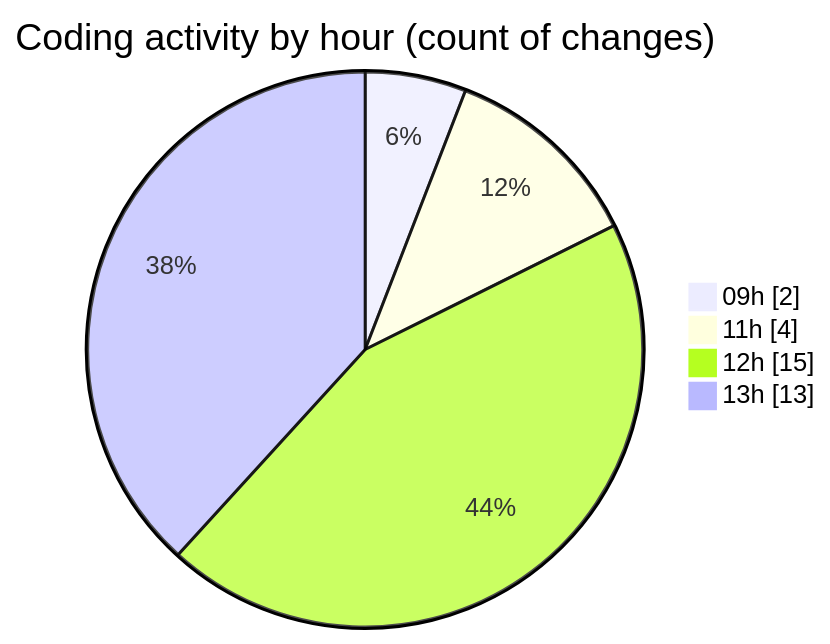
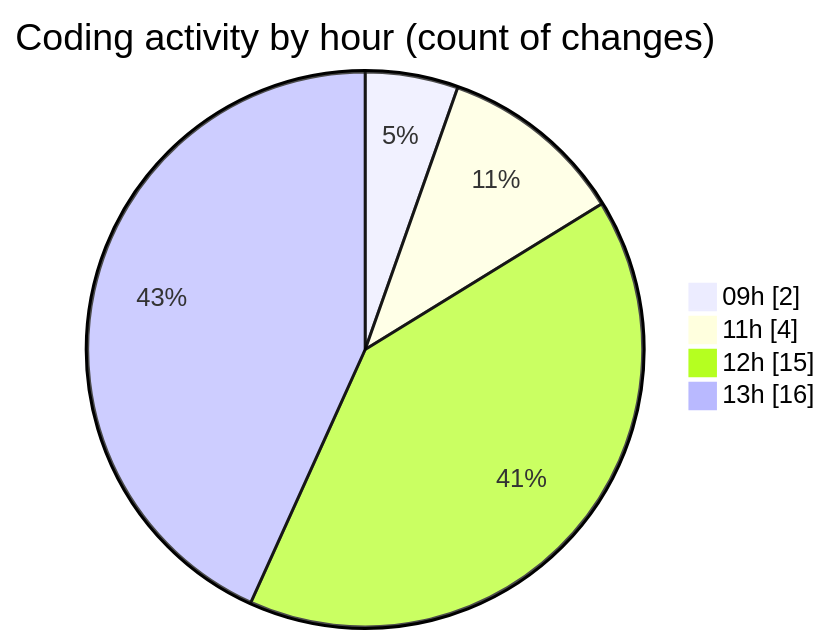
The second of 2 diagrams in 2025-04-30/niten/README.md (Elitesun/code-tracking), drawn with Mermaid before and after one commit. The commit also changed other lines of this file and 1 other file, not shown here.

````diff
--- a/2025-04-30/niten/README.md
+++ b/2025-04-30/niten/README.md
@@ -42,8 +43,8 @@
 ```mermaid
 pie showData
 title Coding activity by hour (count of changes)
 "09h" : 2
 "11h" : 4
 "12h" : 15
-"13h" : 13
+"13h" : 16
 ```
````
